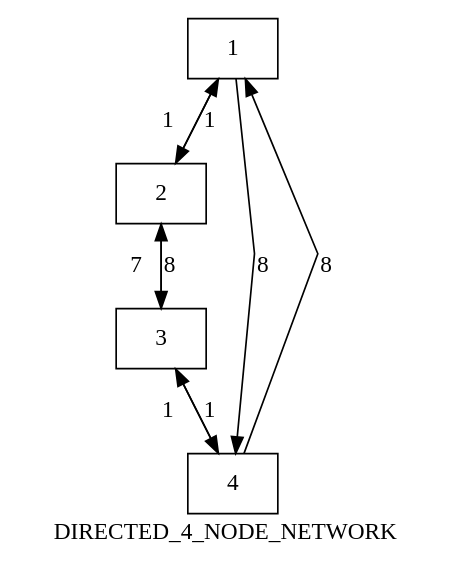
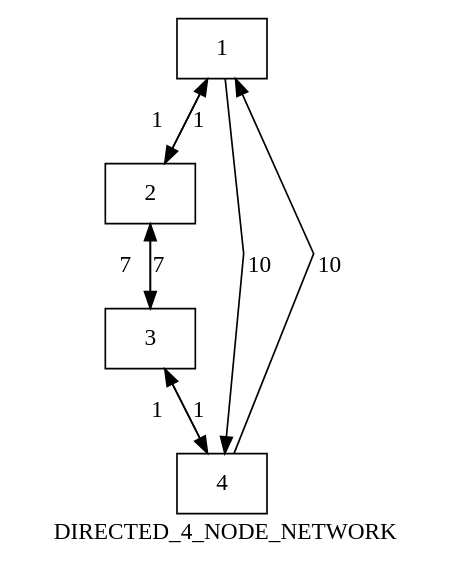
The diagram in DI_4N.dot (bschutze/ALTO-framework-sim), drawn with Graphviz before and after one commit. The commit also changed 1 other file, not shown here.

```diff
--- a/DI_4N.dot
+++ b/DI_4N.dot
@@ -1,21 +1,21 @@
 digraph Test {
 
 	/*compound=true*/
 	node [shape=box];
 	edge [len=2];
 	/*Instantiation of nodes, required to successfully calling .get_node_list() 		(pydot) */
 	1[]; 2[]; 3[]; 4[];
 	overlap = scale;
 	splines = false;
 	label = DIRECTED_4_NODE_NETWORK;
 	//orientation = portrait;
 
 	1 -> 2	[label=1,throughput=16,latency=4,delay=3,bandwidth = 10];
-	1 -> 4	[label=8,throughput=16,latency=4,delay=3,bandwidth = 10];
+	1 -> 4	[label=10,throughput=16,latency=4,delay=3,bandwidth = 10];
 	2 -> 1	[label=1,throughput=12,latency=3,delay=2,bandwidth = 20];
 	2 -> 3	[label=7,throughput=12,latency=3,delay=2,bandwidth = 20];
-	3 -> 2	[label=8,throughput=10,latency=2,delay=4,bandwidth = 20];
+	3 -> 2	[label=7,throughput=10,latency=2,delay=4,bandwidth = 20];
 	3 -> 4	[label=1,throughput=9,latency=5,delay=1,bandwidth = 20];
 	4 -> 3	[label=1,throughput=9,latency=5,delay=1,bandwidth = 20];
-	4 -> 1	[label=8,throughput=11,latency=6,delay=2,bandwidth = 20];
+	4 -> 1	[label=10,throughput=11,latency=6,delay=2,bandwidth = 20];
 }
```
